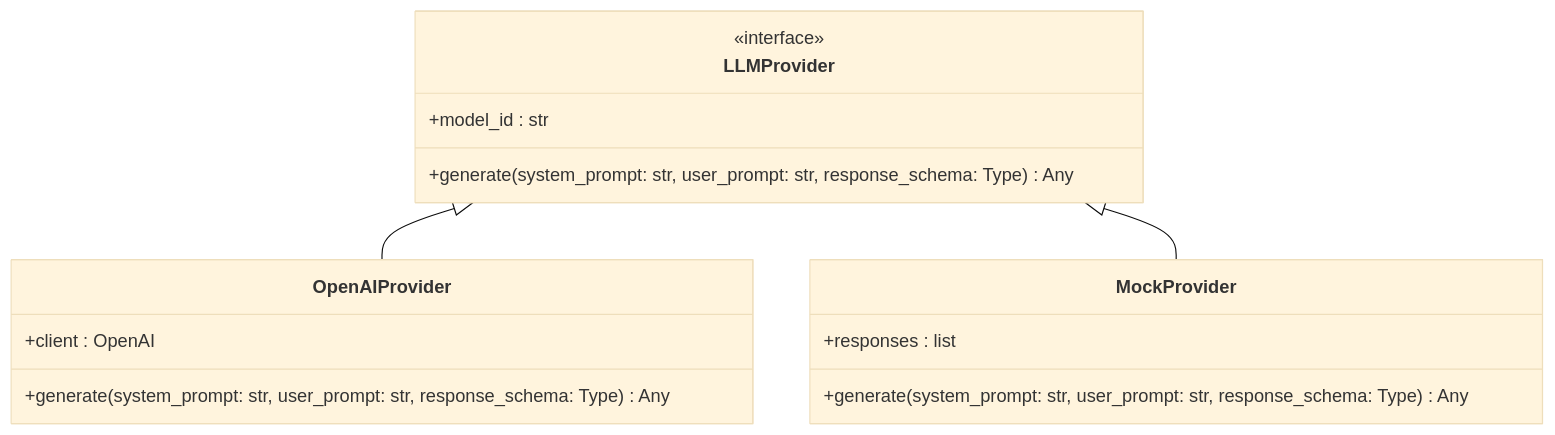
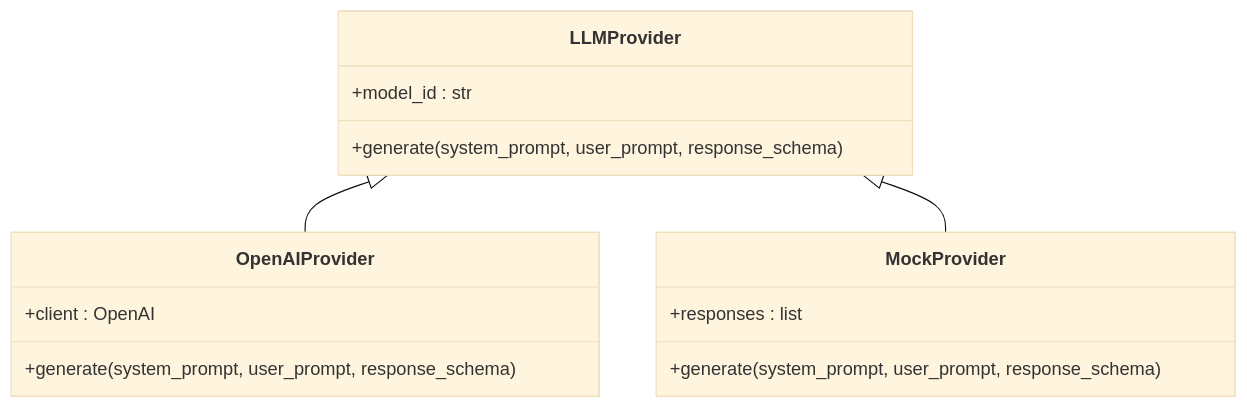
One commit to VaishnavSreekumar/sentinelfinops changed the seventh of 11 diagrams in ARCHITECTURE.md. Above: the diagram before and after it, drawn with Mermaid (base theme). The commit also changed other lines of this file and 1 other file, not shown here.

Commit message:
docs: rewrite Mermaid diagrams to be 100% strict syntax compliant

````diff
--- a/ARCHITECTURE.md
+++ b/ARCHITECTURE.md
@@ -212,21 +198,20 @@
 ```mermaid
 classDiagram
     class LLMProvider {
-        <<interface>>
         +model_id : str
-        +generate(system_prompt: str, user_prompt: str, response_schema: Type) Any
+        +generate(system_prompt, user_prompt, response_schema)
     }
 
     class OpenAIProvider {
         +client : OpenAI
-        +generate(system_prompt: str, user_prompt: str, response_schema: Type) Any
+        +generate(system_prompt, user_prompt, response_schema)
     }
 
     class MockProvider {
         +responses : list
-        +generate(system_prompt: str, user_prompt: str, response_schema: Type) Any
+        +generate(system_prompt, user_prompt, response_schema)
     }
 
     LLMProvider <|-- OpenAIProvider
     LLMProvider <|-- MockProvider
 ```
````
